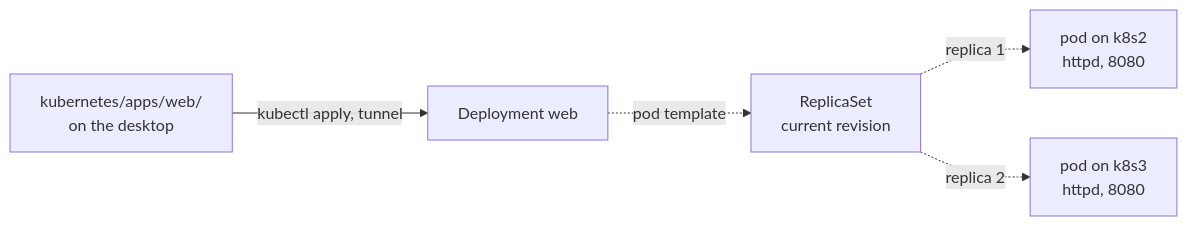
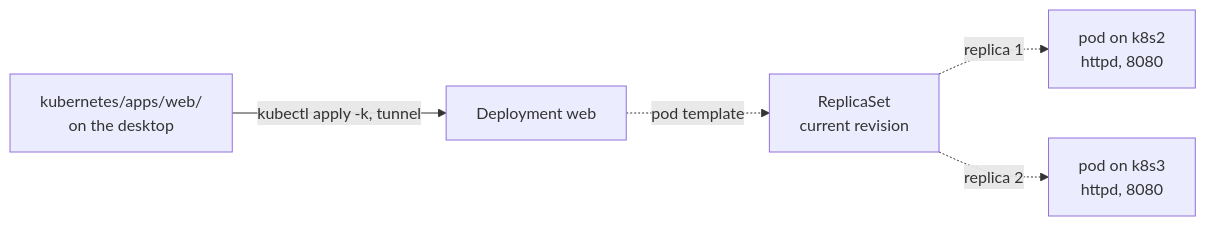
One commit to marin-orejas/rhel-data-platform changed the diagram in docs/architecture/kubernetes/workloads.md. Above: the diagram before and after it, drawn with Mermaid. The commit also changed other lines of this file and 1 other file, not shown here.

Commit message:
docs(architecture): describe the web settings

````diff
--- a/docs/architecture/kubernetes/workloads.md
+++ b/docs/architecture/kubernetes/workloads.md
@@ -29,12 +29,12 @@
 ```mermaid
 flowchart LR
     files["kubernetes/apps/web/<br/>on the desktop"]
     dep["Deployment web"]
     rs["ReplicaSet<br/>current revision"]
     pod2["pod on k8s2<br/>httpd, 8080"]
     pod3["pod on k8s3<br/>httpd, 8080"]
-    files -- "kubectl apply, tunnel" --> dep
+    files -- "kubectl apply -k, tunnel" --> dep
     dep -. "pod template" .-> rs
     rs -. "replica 1" .-> pod2
     rs -. "replica 2" .-> pod3
 ```
````
